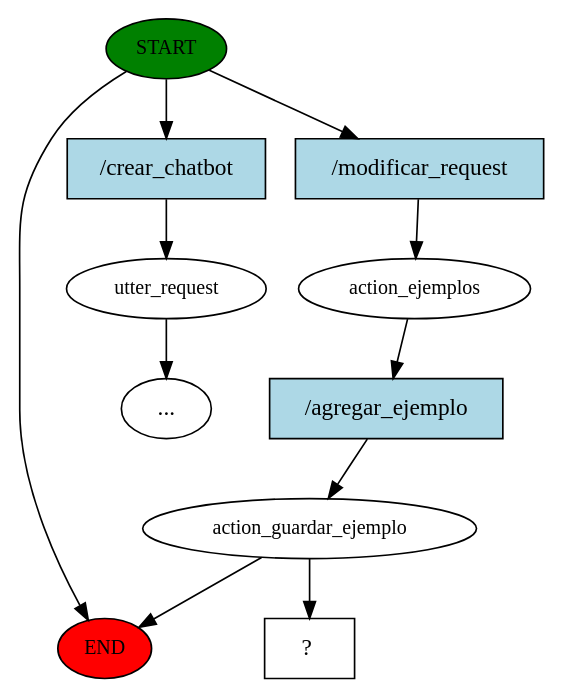
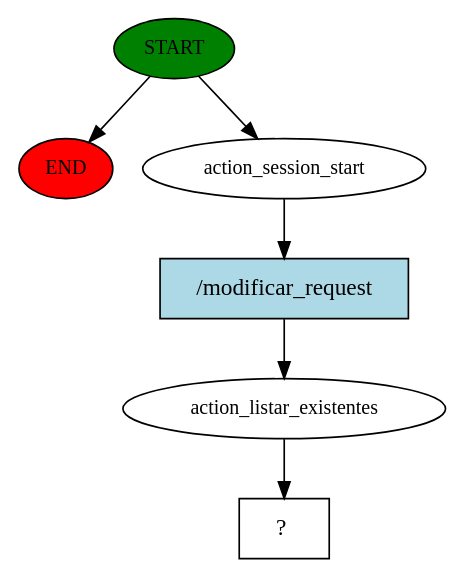
Before and after one commit to Agustin-Zucchi/BotDisenio: the diagram in story_graph.dot, drawn with Graphviz. The commit also changed 53 other files, not shown here.

Commit message:
fix bugs, agregar camino para alargar una story y revisar todo por que no tuve tiempo para verificar el camino de crear una story

```diff
--- a/story_graph.dot
+++ b/story_graph.dot
@@ -1,22 +1,13 @@
 digraph  {
 0 [class="start active", fillcolor=green, fontsize=12, label=START, style=filled];
 "-1" [class=end, fillcolor=red, fontsize=12, label=END, style=filled];
-1 [class="", fontsize=12, label=utter_request];
-"-3" [class=ellipsis, label="..."];
-2 [class=active, fontsize=12, label=action_ejemplos];
-3 [class=active, fontsize=12, label=action_guardar_ejemplo];
-6 [class="intent dashed active", label="  ?  ", shape=rect];
-7 [class=intent, fillcolor=lightblue, label="/crear_chatbot", shape=rect, style=filled];
-8 [class="intent active", fillcolor=lightblue, label="/modificar_request", shape=rect, style=filled];
-9 [class="intent active", fillcolor=lightblue, label="/agregar_ejemplo", shape=rect, style=filled];
+1 [class=active, fontsize=12, label=action_session_start];
+2 [class=active, fontsize=12, label=action_listar_existentes];
+3 [class="intent dashed active", label="  ?  ", shape=rect];
+4 [class="intent active", fillcolor=lightblue, label="/modificar_request", shape=rect, style=filled];
 0 -> "-1"  [class="", key=NONE, label=""];
-0 -> 7  [class="", key=0];
-0 -> 8  [class=active, key=0];
-1 -> "-3"  [class="", key=NONE, label=""];
-2 -> 9  [class=active, key=0];
-3 -> "-1"  [class="", key=NONE, label=""];
-3 -> 6  [class=active, key=NONE, label=""];
-7 -> 1  [class="", key=0];
-8 -> 2  [class=active, key=0];
-9 -> 3  [class=active, key=0];
+0 -> 1  [class=active, key=NONE, label=""];
+1 -> 4  [class=active, key=0];
+2 -> 3  [class=active, key=NONE, label=""];
+4 -> 2  [class=active, key=0];
 }
```
